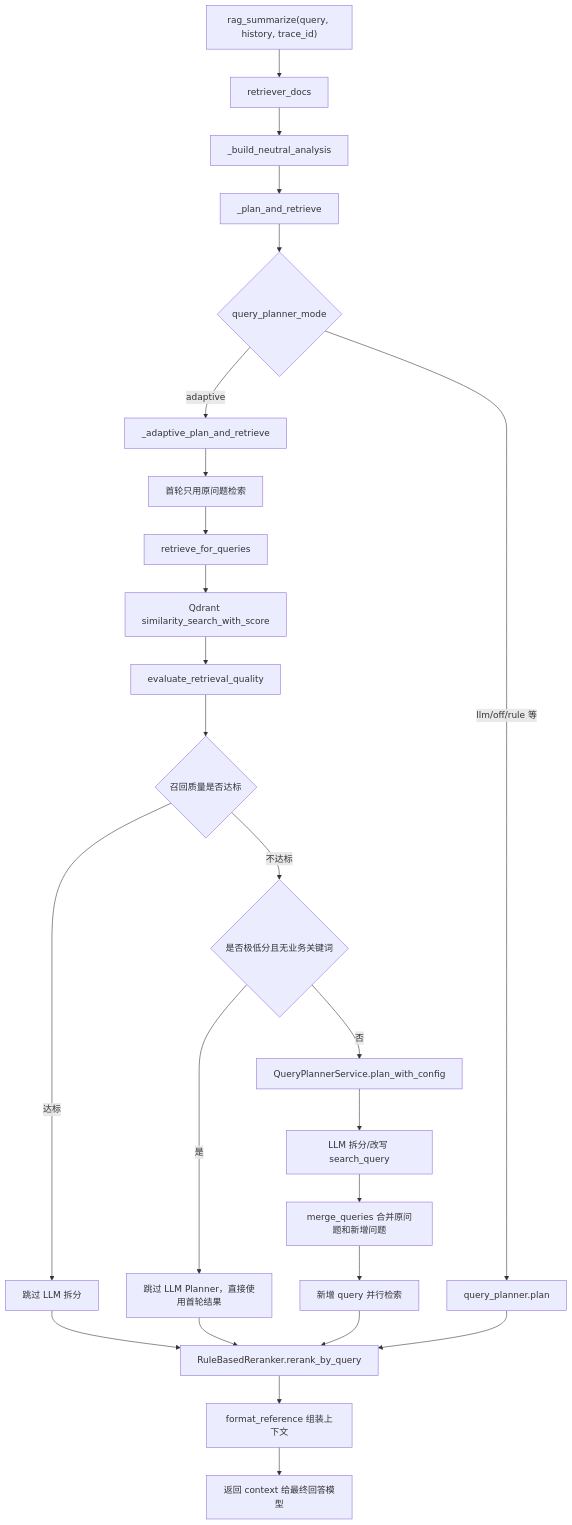
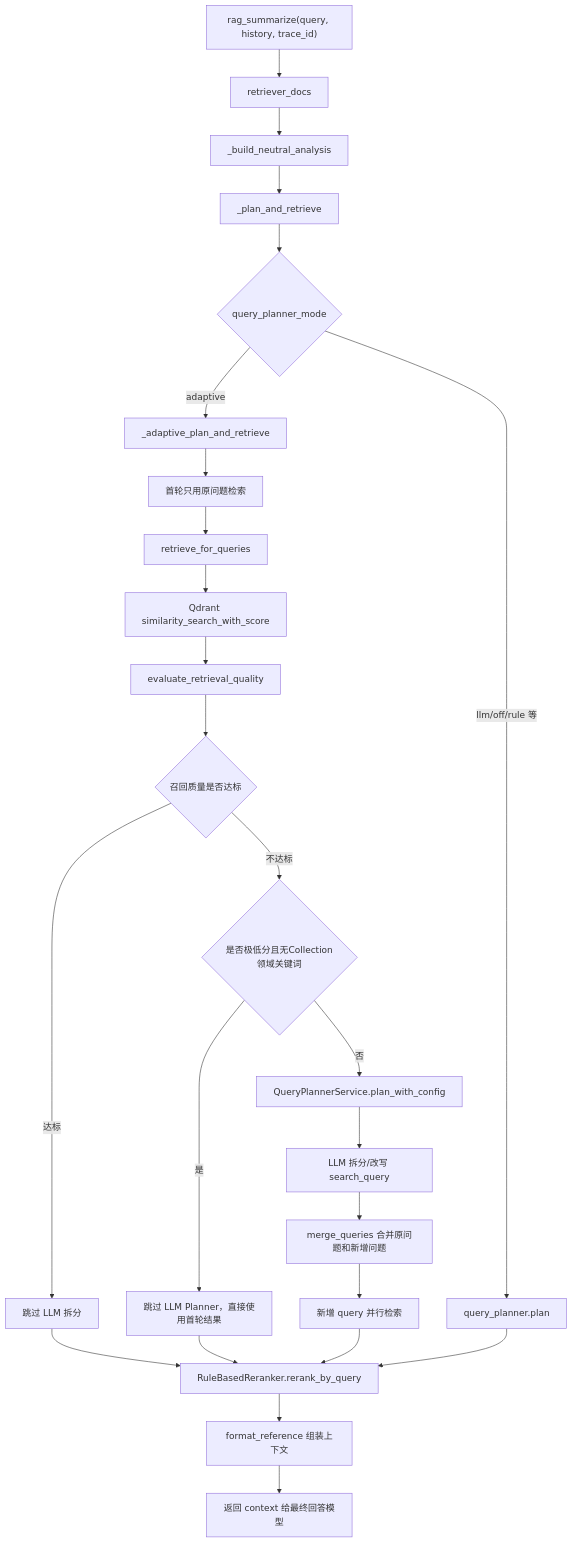
The second of 2 diagrams in docs/用户输入向量检索的流程.md (chen-liang-22/AI_RAG_Agent_Project), drawn with Mermaid before and after one commit. The commit also changed other lines of this file and 14 other files, not shown here.

````diff
--- a/docs/用户输入向量检索的流程.md
+++ b/docs/用户输入向量检索的流程.md
@@ -163,27 +163,27 @@
 ```mermaid
 flowchart TD
     A["rag_summarize(query, history, trace_id)"] --> B["retriever_docs"]
     B --> C["_build_neutral_analysis"]
     C --> D["_plan_and_retrieve"]
     D --> E{"query_planner_mode"}
     E -- "adaptive" --> F["_adaptive_plan_and_retrieve"]
     E -- "llm/off/rule 等" --> G["query_planner.plan"]
     F --> H["首轮只用原问题检索"]
     H --> I["retrieve_for_queries"]
     I --> J["Qdrant similarity_search_with_score"]
     J --> K["evaluate_retrieval_quality"]
     K --> L{"召回质量是否达标"}
     L -- "达标" --> M["跳过 LLM 拆分"]
-    L -- "不达标" --> N{"是否极低分且无业务关键词"}
+    L -- "不达标" --> N{"是否极低分且无Collection领域关键词"}
     N -- "是" --> O["跳过 LLM Planner，直接使用首轮结果"]
     N -- "否" --> P["QueryPlannerService.plan_with_config"]
     P --> Q["LLM 拆分/改写 search_query"]
     Q --> R["merge_queries 合并原问题和新增问题"]
     R --> S["新增 query 并行检索"]
     M --> T["RuleBasedReranker.rerank_by_query"]
     O --> T
     S --> T
     G --> T
     T --> U["format_reference 组装上下文"]
     U --> V["返回 context 给最终回答模型"]
 ```
````
